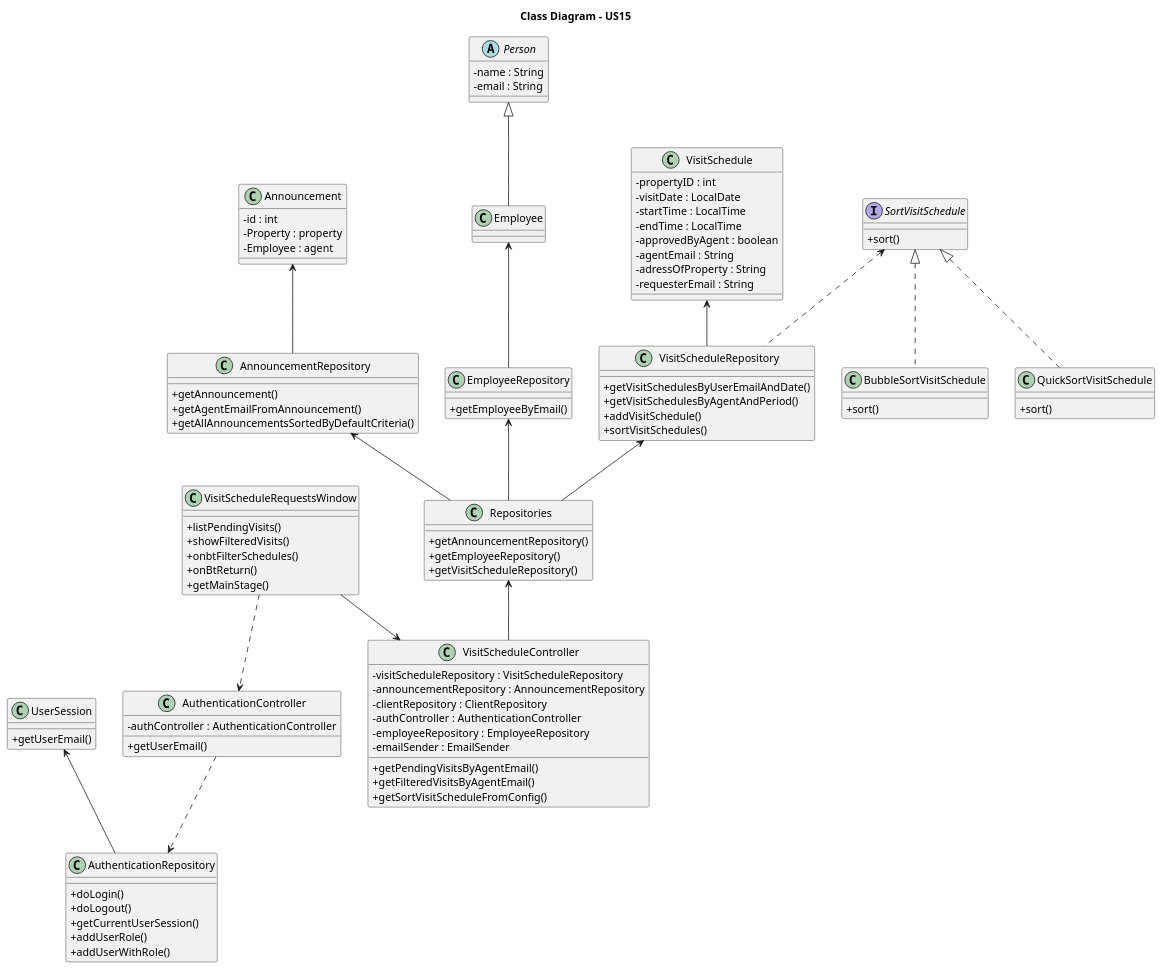
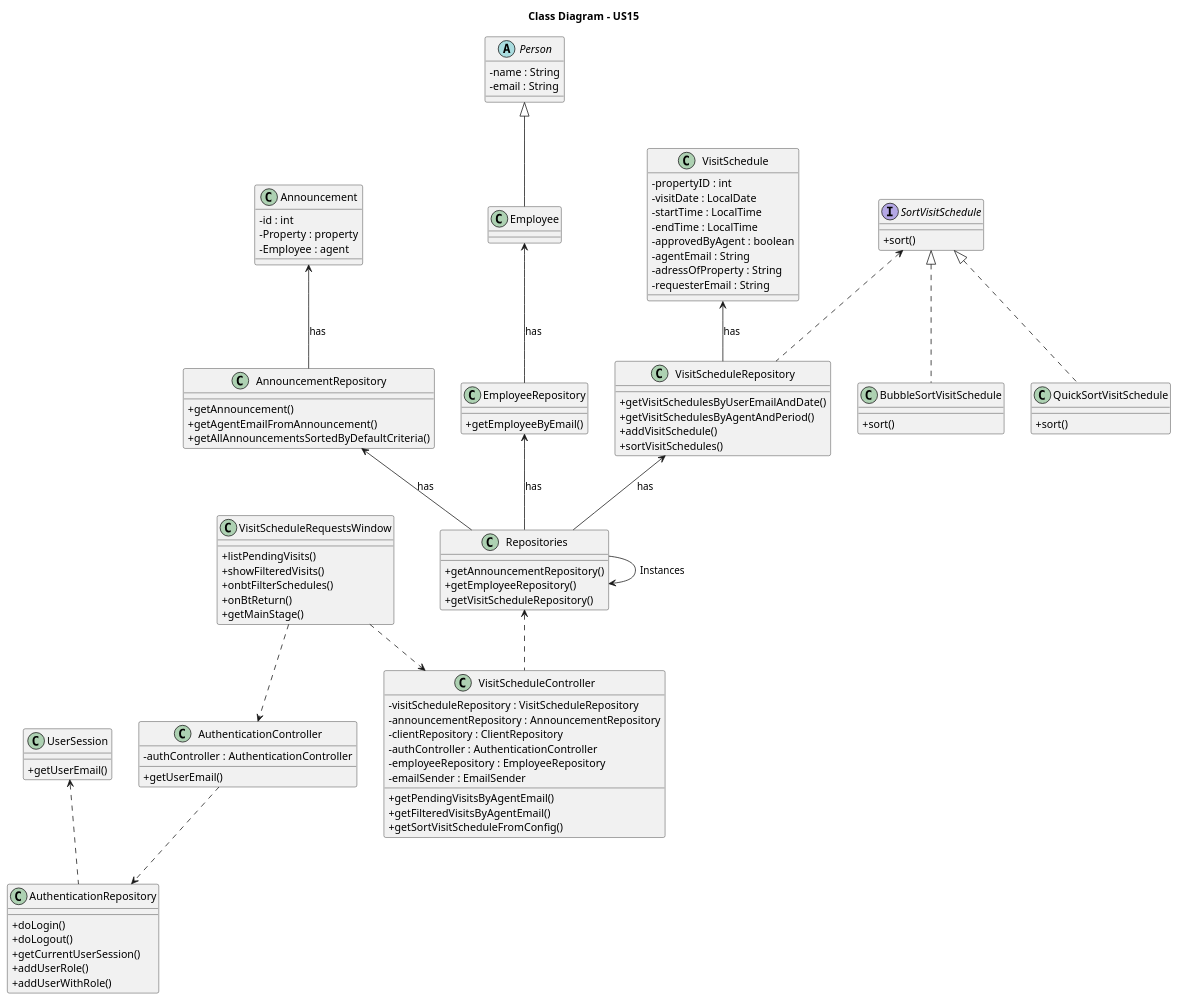
One commit to Goncalves2525/real-estate-management-system changed the diagram in docs/sprintD/us015/03.design/puml/us015-class-diagram.puml. Above: the diagram before and after it, drawn with PlantUML. The commit also changed 31 other files, not shown here.

```diff
--- a/docs/sprintD/us015/03.design/puml/us015-class-diagram.puml
+++ b/docs/sprintD/us015/03.design/puml/us015-class-diagram.puml
@@ -1,120 +1,121 @@
 @startuml
 skinparam packageStyle rectangle
 skinparam shadowing false
 skinparam linetype polyline
 
 skinparam classAttributeIconSize 0
 
 title Class Diagram - US15
 
 class UserSession {
     +getUserEmail()
 }
 
 abstract class Person{
     - name : String
     - email : String
 }
 
 class Employee extends Person{
 }
 
 class Announcement {
     - id : int
     - Property : property
     - Employee : agent
 }
 
 class VisitSchedule {
     - propertyID : int
     - visitDate : LocalDate
     - startTime : LocalTime
     - endTime : LocalTime
     - approvedByAgent : boolean
     - agentEmail : String
     - adressOfProperty : String
     - requesterEmail : String
 }
 
 class AuthenticationRepository {
     +doLogin()
     +doLogout()
     +getCurrentUserSession()
     +addUserRole()
     +addUserWithRole()
 }
 
 class AuthenticationController {
     - authController : AuthenticationController
     +getUserEmail()
 }
 
 class VisitScheduleRequestsWindow {
     +listPendingVisits()
     +showFilteredVisits()
     +onbtFilterSchedules()
     +onBtReturn()
     +getMainStage()
 }
 
 class VisitScheduleController {
     - visitScheduleRepository : VisitScheduleRepository
     - announcementRepository : AnnouncementRepository
     - clientRepository : ClientRepository
     - authController : AuthenticationController
     - employeeRepository : EmployeeRepository
     - emailSender : EmailSender
     +getPendingVisitsByAgentEmail()
     +getFilteredVisitsByAgentEmail()
     +getSortVisitScheduleFromConfig()
 }
 
 class Repositories {
     +getAnnouncementRepository()
     +getEmployeeRepository()
     +getVisitScheduleRepository()
 }
 
 class AnnouncementRepository {
     +getAnnouncement()
     +getAgentEmailFromAnnouncement()
     +getAllAnnouncementsSortedByDefaultCriteria()
 }
 
 class EmployeeRepository {
     +getEmployeeByEmail()
 }
 
 class VisitScheduleRepository {
     +getVisitSchedulesByUserEmailAndDate()
     +getVisitSchedulesByAgentAndPeriod()
     +addVisitSchedule()
     +sortVisitSchedules()
 }
 
 interface SortVisitSchedule {
     +sort()
 }
 
 class BubbleSortVisitSchedule implements SortVisitSchedule {
     +sort()
 }
 
 class QuickSortVisitSchedule implements SortVisitSchedule {
     +sort()
 }
 
-UserSession <-- AuthenticationRepository
+UserSession <.. AuthenticationRepository
 AuthenticationController ..> AuthenticationRepository
 VisitScheduleRequestsWindow ..> AuthenticationController
-VisitScheduleRequestsWindow --> VisitScheduleController
-Repositories <-- VisitScheduleController
-AnnouncementRepository <-- Repositories
-EmployeeRepository <-- Repositories
-VisitScheduleRepository <-- Repositories
+VisitScheduleRequestsWindow ..> VisitScheduleController
+Repositories <.. VisitScheduleController
+AnnouncementRepository <-- Repositories: has
+EmployeeRepository <-- Repositories: has
+VisitScheduleRepository <-- Repositories: has
 SortVisitSchedule <.. VisitScheduleRepository
-Announcement <-- AnnouncementRepository
-Employee <-- EmployeeRepository
-VisitSchedule <-- VisitScheduleRepository
+Announcement <-- AnnouncementRepository: has
+Employee <-- EmployeeRepository: has
+VisitSchedule <-- VisitScheduleRepository: has
+Repositories --> Repositories : Instances
 
 @enduml
```
